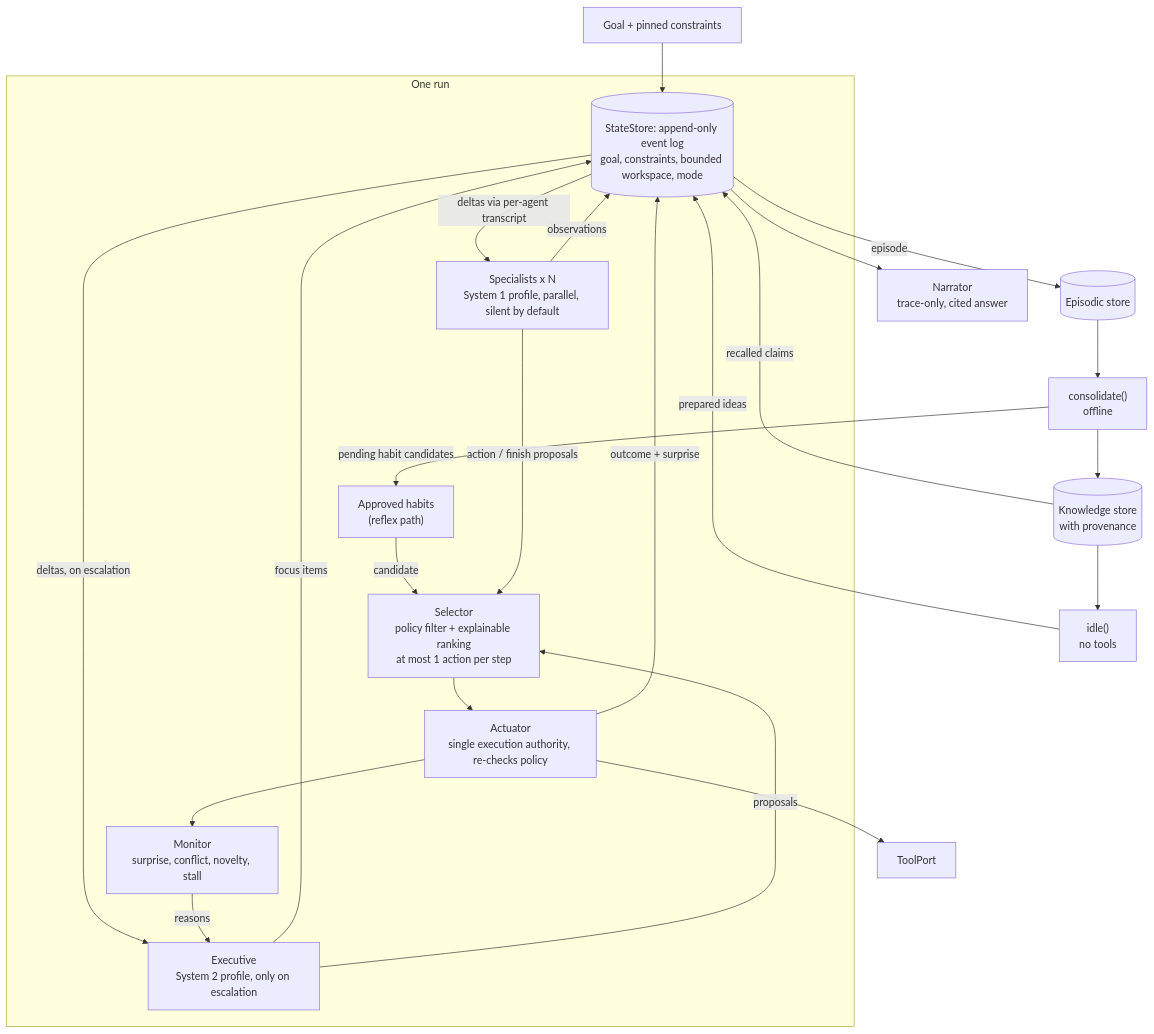
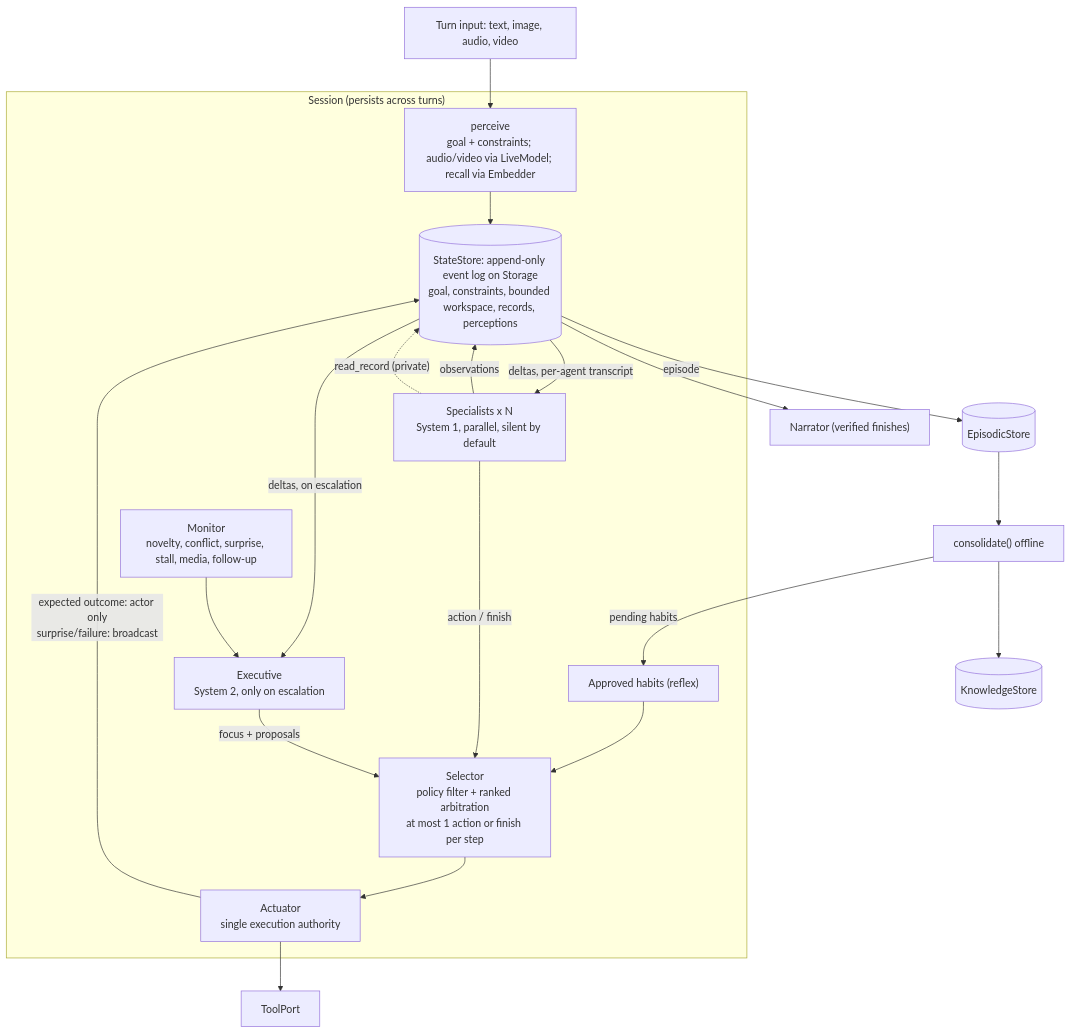
Before and after one commit to rockwotj/brain: the diagram in README.md, drawn with Mermaid. The commit also changed other lines of this file and 39 other files, not shown here.

````diff
--- a/README.md
+++ b/README.md
@@ -20,40 +30,29 @@
 ```mermaid
 flowchart TB
-    U["Goal + pinned constraints"] --> ST
-    subgraph RUN["One run"]
-        ST[("StateStore: append-only event log<br/>goal, constraints, bounded workspace, mode")]
-        H["Approved habits<br/>(reflex path)"]
-        SP["Specialists x N<br/>System 1 profile, parallel, silent by default"]
-        MON["Monitor<br/>surprise, conflict, novelty, stall"]
-        EX["Executive<br/>System 2 profile, only on escalation"]
-        SEL["Selector<br/>policy filter + explainable ranking<br/>at most 1 action per step"]
-        ACT["Actuator<br/>single execution authority, re-checks policy"]
+    IN["Turn input: text, image, audio, video"] --> PER
+    subgraph SESSION["Session (persists across turns)"]
+        PER["perceive<br/>goal + constraints; audio/video via LiveModel; recall via Embedder"]
+        ST[("StateStore: append-only event log on Storage<br/>goal, constraints, bounded workspace, records, perceptions")]
+        H["Approved habits (reflex)"]
+        SP["Specialists x N<br/>System 1, parallel, silent by default"]
+        MON["Monitor<br/>novelty, conflict, surprise, stall, media, follow-up"]
+        EX["Executive<br/>System 2, only on escalation"]
+        SEL["Selector<br/>policy filter + ranked arbitration<br/>at most 1 action or finish per step"]
+        ACT["Actuator<br/>single execution authority"]
     end
-    TP["ToolPort"]
-    EP[("Episodic store")]
-    KN[("Knowledge store<br/>with provenance")]
-    NAR["Narrator<br/>trace-only, cited answer"]
-    CON["consolidate()<br/>offline"]
-    IDLE["idle()<br/>no tools"]
-
-    ST -->|"deltas via per-agent transcript"| SP
+    PER --> ST
+    ST -->|"deltas, per-agent transcript"| SP
     ST -->|"deltas, on escalation"| EX
-    H -->|candidate| SEL
-    SP -->|observations| ST
-    SP -->|"action / finish proposals"| SEL
-    MON -->|reasons| EX
-    EX -->|"focus items"| ST
-    EX -->|proposals| SEL
-    SEL --> ACT
-    ACT --> TP
-    ACT -->|"outcome + surprise"| ST
-    ACT --> MON
-    KN -->|"recalled claims"| ST
-    ST -->|episode| EP
-    ST --> NAR
-    EP --> CON
-    CON --> KN
-    CON -->|"pending habit candidates"| H
-    KN --> IDLE
-    IDLE -->|"prepared ideas"| ST
+    H --> SEL
+    SP -->|"observations"| ST
+    SP -->|"action / finish"| SEL
+    SP -.->|"read_record (private)"| ST
+    MON --> EX
+    EX -->|"focus + proposals"| SEL
+    SEL --> ACT --> TP["ToolPort"]
+    ACT -->|"expected outcome: actor only<br/>surprise/failure: broadcast"| ST
+    ST --> NAR["Narrator (verified finishes)"]
+    ST -->|episode| EP[("EpisodicStore")]
+    EP --> CON["consolidate() offline"] --> KN[("KnowledgeStore")]
+    CON -->|"pending habits"| H
 ```
````
